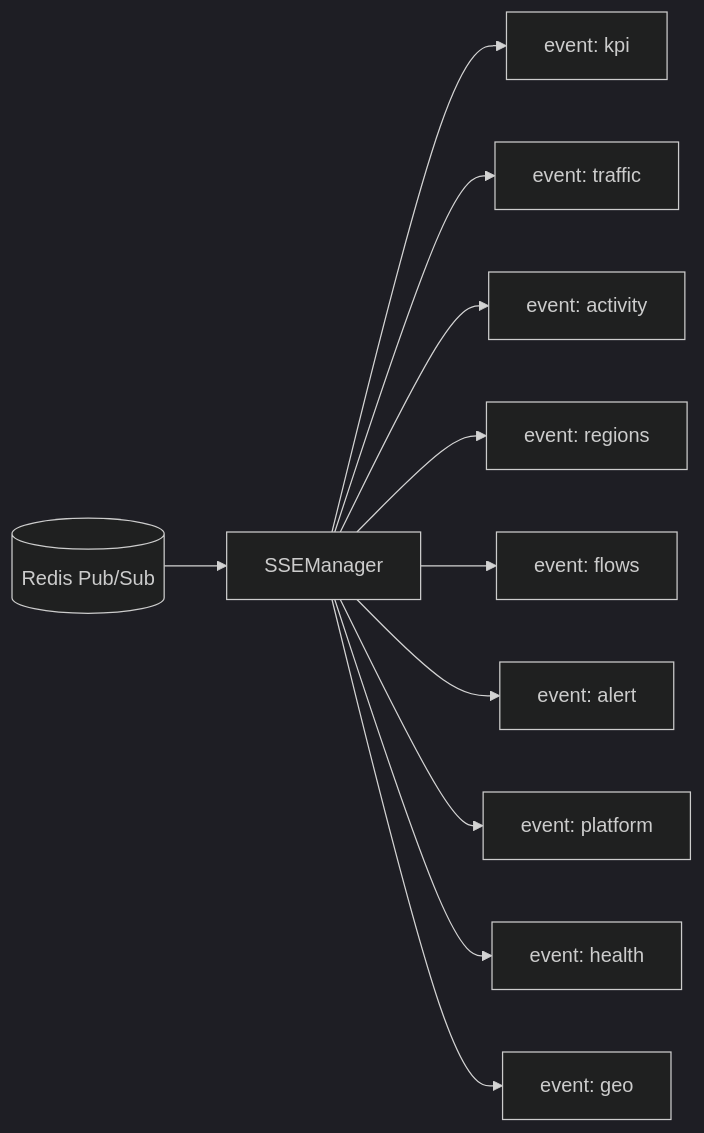
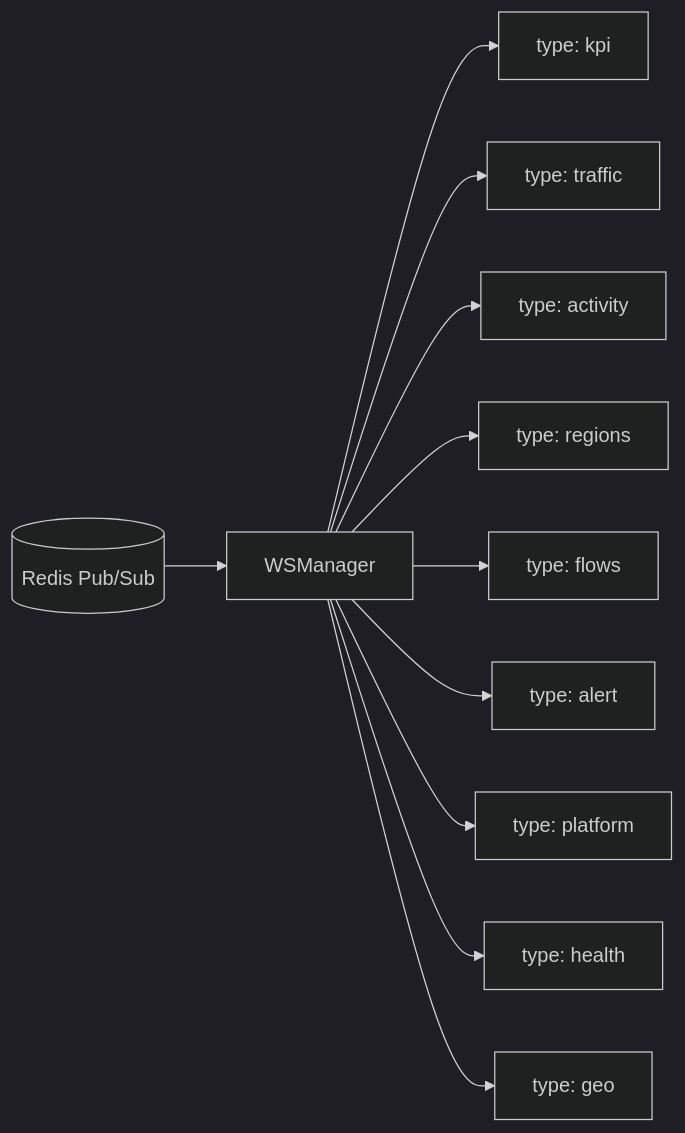
Before and after one commit to ANZER03/cdc-pipeline: the fourth of 5 diagrams in FLOW.md, drawn with Mermaid (dark theme). The commit also changed other lines of this file and 4 other files, not shown here.

````diff
--- a/FLOW.md
+++ b/FLOW.md
@@ -367,13 +370,13 @@
 ```mermaid
 flowchart LR
-    R[(Redis Pub/Sub)] --> SSE[SSEManager]
-    SSE --> E1[event: kpi]
-    SSE --> E2[event: traffic]
-    SSE --> E3[event: activity]
-    SSE --> E4[event: regions]
-    SSE --> E5[event: flows]
-    SSE --> E6[event: alert]
-    SSE --> E7[event: platform]
-    SSE --> E8[event: health]
-    SSE --> E9[event: geo]
+    R[(Redis Pub/Sub)] --> WS[WSManager]
+    WS --> E1[type: kpi]
+    WS --> E2[type: traffic]
+    WS --> E3[type: activity]
+    WS --> E4[type: regions]
+    WS --> E5[type: flows]
+    WS --> E6[type: alert]
+    WS --> E7[type: platform]
+    WS --> E8[type: health]
+    WS --> E9[type: geo]
 ```
````
